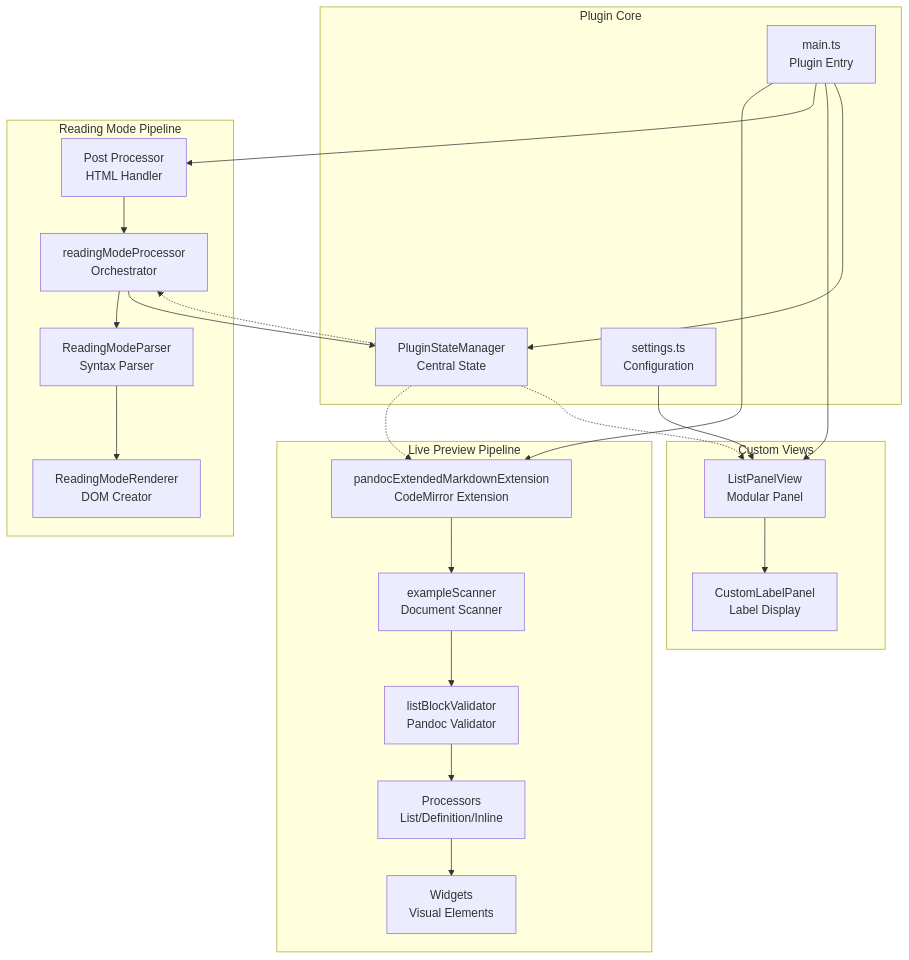
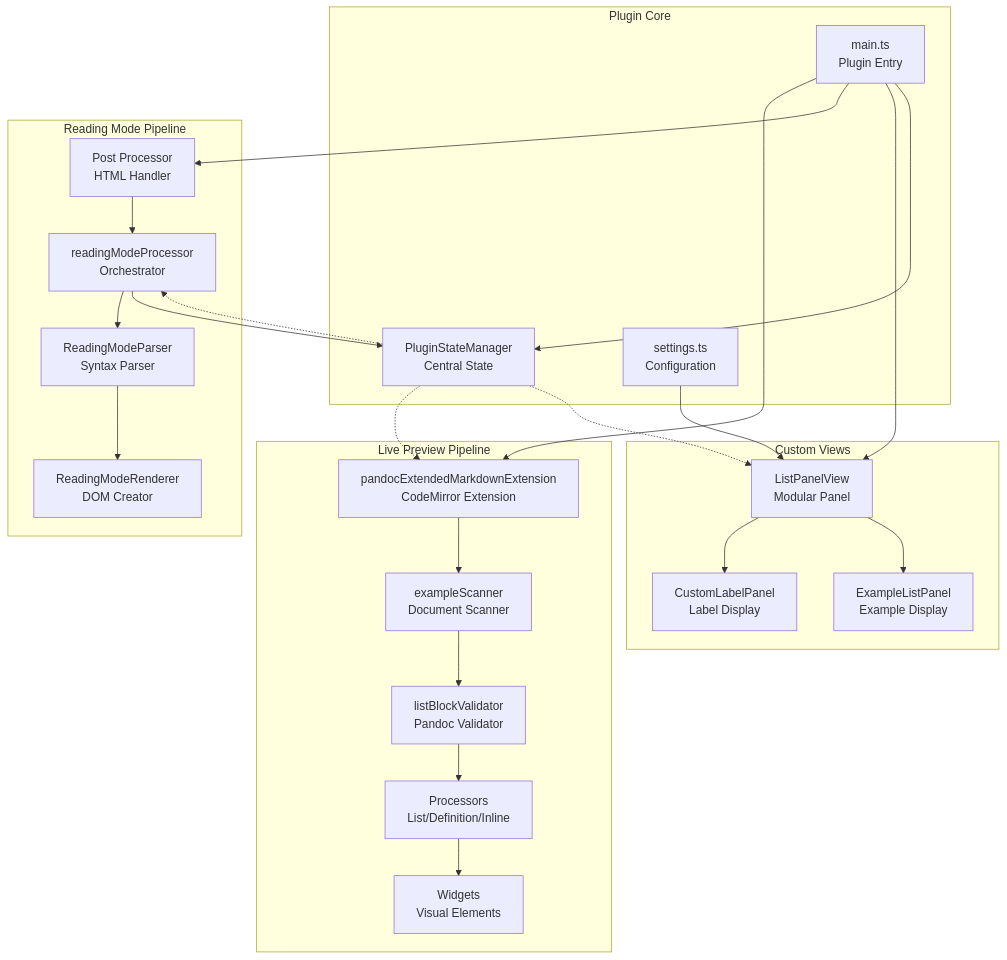
The first of 8 diagrams in ARCHITECTURE.md (ErrorTzy/obsidian-pandoc-extended-markdown), drawn with Mermaid before and after one commit. The commit also changed other lines of this file and 8 other files, not shown here.

First line of the commit message:
feat: Add Example List Panel and remove deprecated CustomLabelView

````diff
--- a/ARCHITECTURE.md
+++ b/ARCHITECTURE.md
@@ -131,50 +132,52 @@
 ```mermaid
 graph TB
     subgraph "Plugin Core"
         Main[main.ts<br/>Plugin Entry]
         SM[PluginStateManager<br/>Central State]
         Settings[settings.ts<br/>Configuration]
     end
     
     subgraph "Live Preview Pipeline"
         CMExt[pandocExtendedMarkdownExtension<br/>CodeMirror Extension]
         Scanner[exampleScanner<br/>Document Scanner]
         Validator[listBlockValidator<br/>Pandoc Validator]
         Processors[Processors<br/>List/Definition/Inline]
         Widgets[Widgets<br/>Visual Elements]
     end
     
     subgraph "Reading Mode Pipeline"
         PostProc[Post Processor<br/>HTML Handler]
         RMProc[readingModeProcessor<br/>Orchestrator]
         Parser[ReadingModeParser<br/>Syntax Parser]
         Renderer[ReadingModeRenderer<br/>DOM Creator]
     end
     
     subgraph "Custom Views"
         LPView[ListPanelView<br/>Modular Panel]
         CLPanel[CustomLabelPanel<br/>Label Display]
+        ELPanel[ExampleListPanel<br/>Example Display]
     end
     
     Main --> CMExt
     Main --> PostProc
     Main --> LPView
     LPView --> CLPanel
+    LPView --> ELPanel
     Main --> SM
     Settings --> LPView
     
     CMExt --> Scanner
     Scanner --> Validator
     Validator --> Processors
     Processors --> Widgets
     
     PostProc --> RMProc
     RMProc --> Parser
     RMProc --> SM
     Parser --> Renderer
     
     SM -.-> CMExt
     SM -.-> RMProc
     SM -.-> LPView
     
 ```
````
